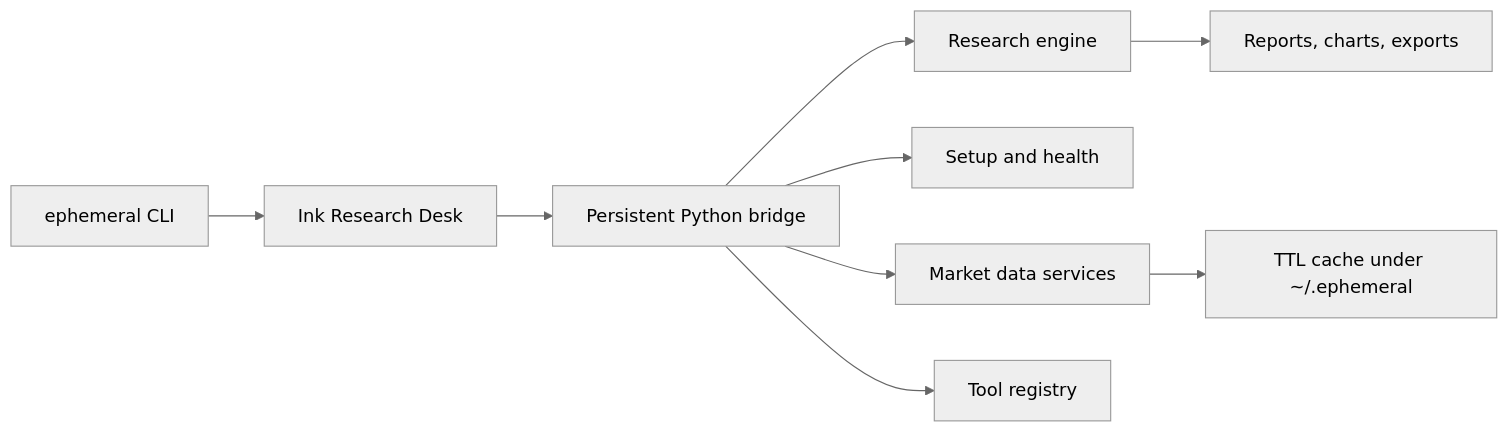
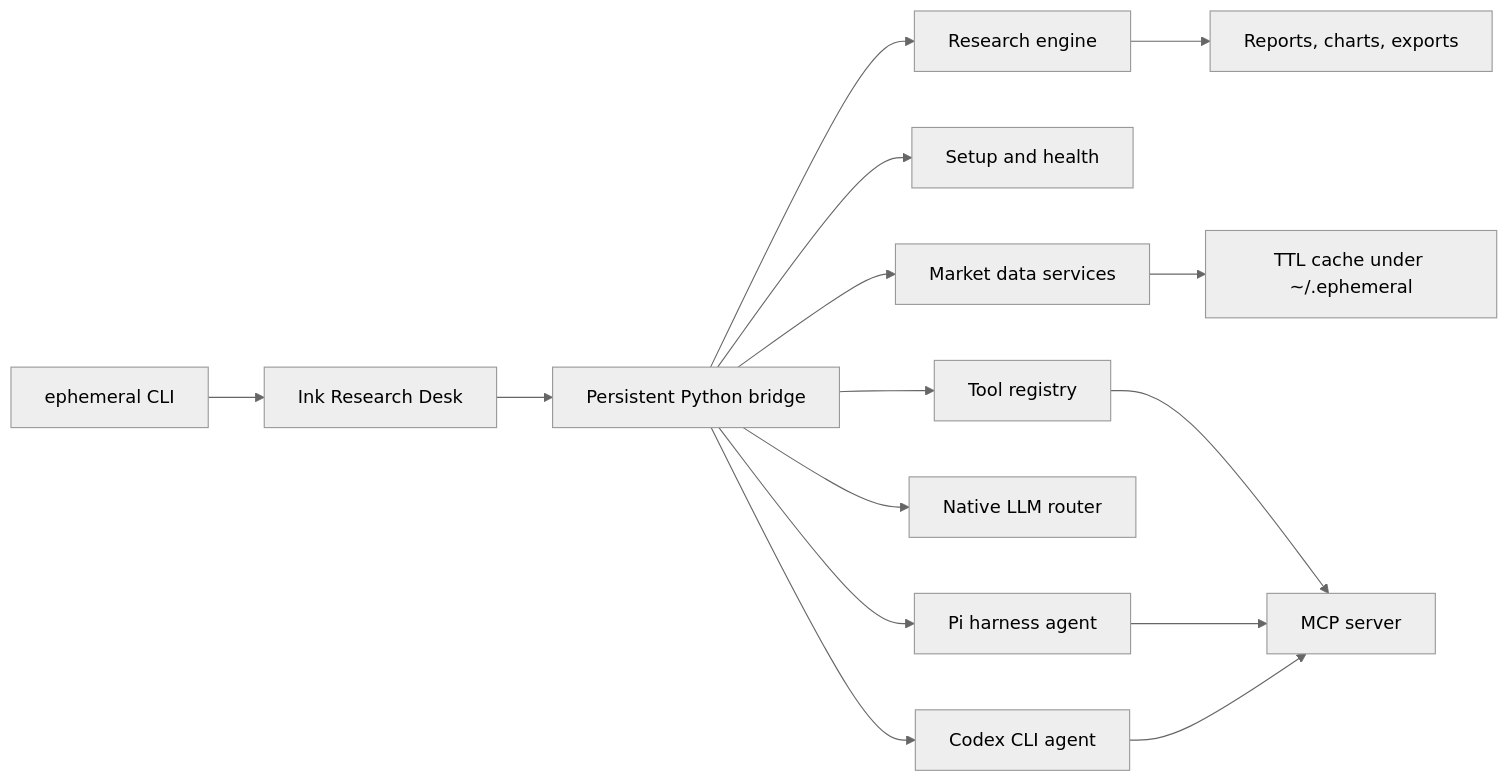
One commit to desenyon/ephemeral changed the diagram in README.md. Above: the diagram before and after it, drawn with Mermaid (neutral theme). The commit also changed other lines of this file and 33 other files, not shown here.

````diff
--- a/README.md
+++ b/README.md
@@ -199,11 +221,17 @@
 ```mermaid
 flowchart LR
   CLI["ephemeral CLI"] --> Ink["Ink Research Desk"]
   Ink --> Bridge["Persistent Python bridge"]
   Bridge --> Engine["Research engine"]
   Bridge --> Health["Setup and health"]
   Bridge --> Market["Market data services"]
   Bridge --> Tools["Tool registry"]
+  Bridge --> Router["Native LLM router"]
+  Bridge --> Pi["Pi harness agent"]
+  Bridge --> Codex["Codex CLI agent"]
+  Tools --> MCP["MCP server"]
+  Pi --> MCP
+  Codex --> MCP
   Engine --> Artifacts["Reports, charts, exports"]
   Market --> Cache["TTL cache under ~/.ephemeral"]
 ```
````
